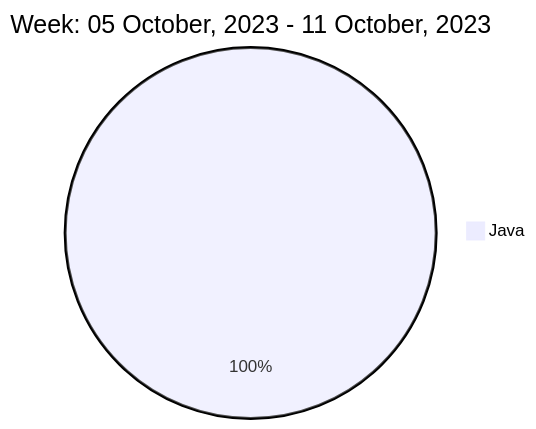
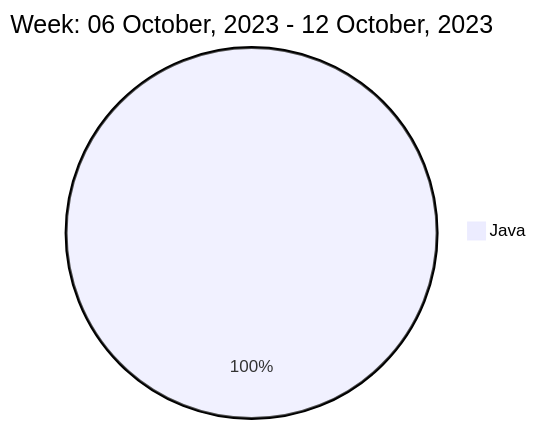
Before and after one commit to liubin95/liubin95: the diagram in README.md, drawn with Mermaid.

Commit message:
Updated the Graph with new Metrics

````diff
--- a/README.md
+++ b/README.md
@@ -40,5 +40,5 @@
 ```mermaid
  pie
-title Week: 05 October, 2023 - 11 October, 2023
+title Week: 06 October, 2023 - 12 October, 2023
  "Java" : 5.32
 ```
````
